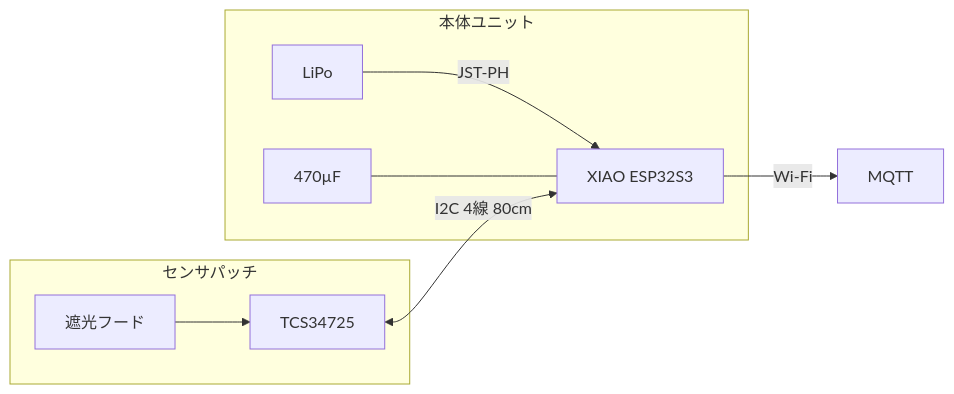
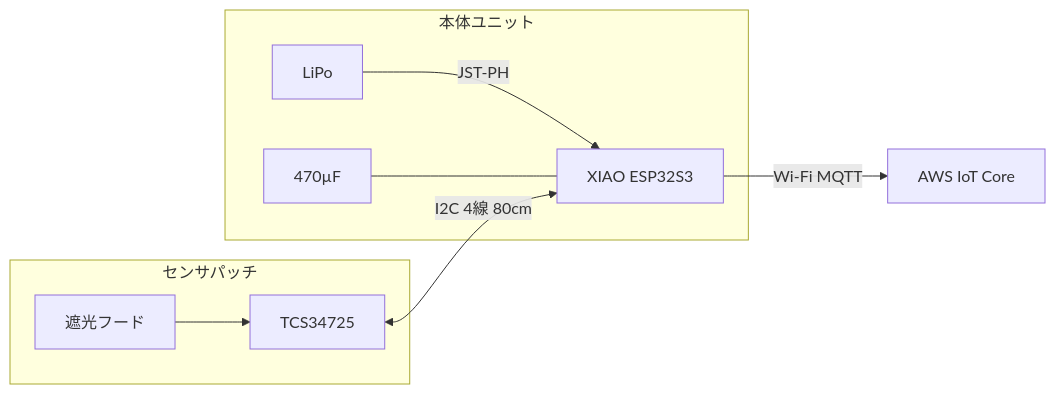
The diagram in docs/wiring.md (makeOurCity/parking-status-sensor), drawn with Mermaid before and after one commit. The commit also changed other lines of this file and 2 other files, not shown here.

First line of the commit message:
docs: AWS IoT Core + Lambda 構成を README 等に反映

````diff
--- a/docs/wiring.md
+++ b/docs/wiring.md
@@ -30,19 +30,19 @@
 ```mermaid
 flowchart LR
   subgraph sensor_patch [センサパッチ]
     Hood[遮光フード]
     TCS[TCS34725]
     Hood --> TCS
   end
 
   subgraph main_unit [本体ユニット]
     XIAO[XIAO ESP32S3]
     CAP[470µF]
     LIPO[LiPo]
     LIPO -->|JST-PH| XIAO
     CAP --- XIAO
   end
 
   TCS <-->|I2C 4線 80cm| XIAO
-  XIAO -->|Wi-Fi| MQTT[MQTT]
+  XIAO -->|Wi-Fi MQTT| MQTT[AWS IoT Core]
 ```
````
